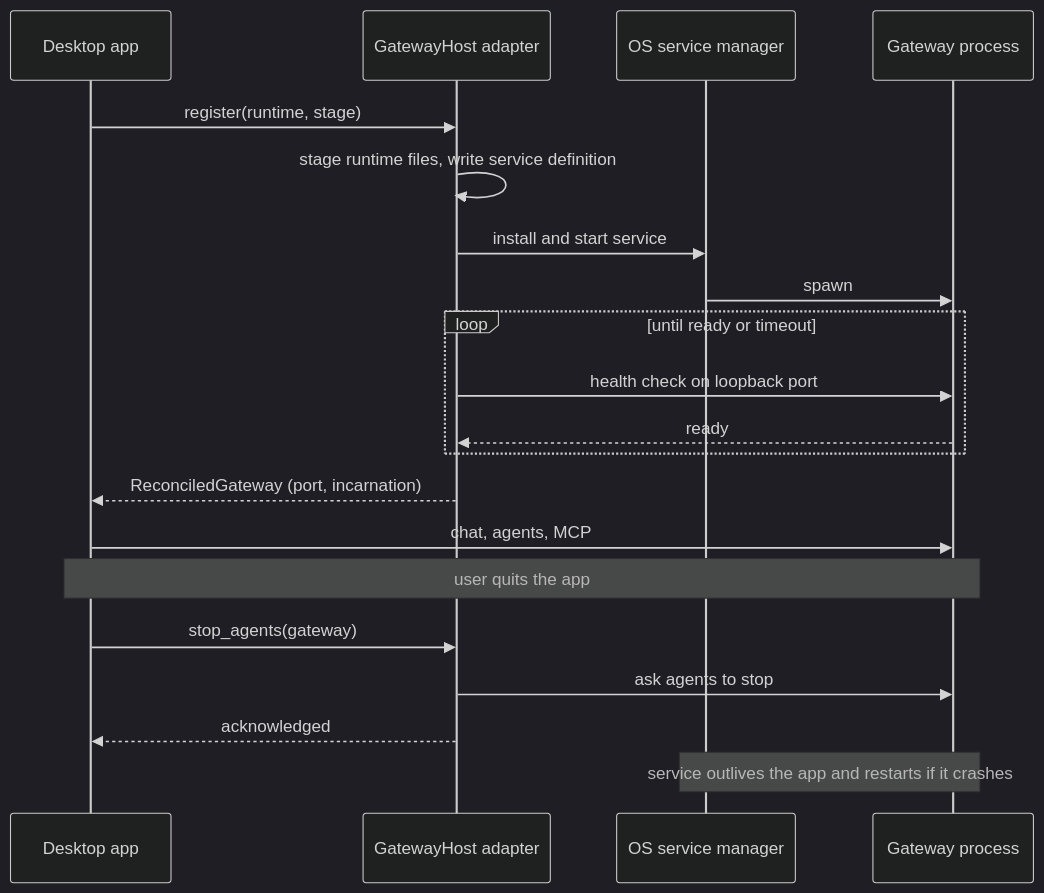
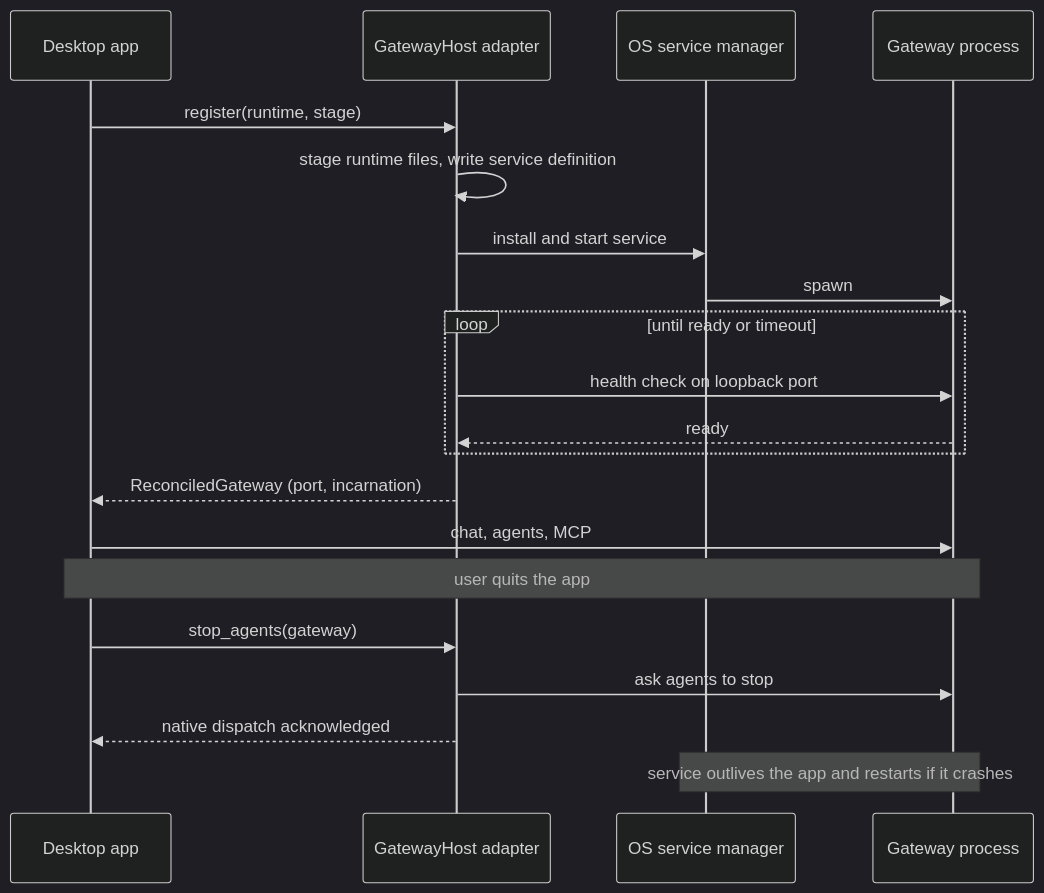
Before and after one commit to nessalabs/nessa-agent: the second of 7 diagrams in docs/todo/desktop-linux-windows-plan.md, drawn with Mermaid (dark theme). The commit also changed other lines of this file, not shown here.

````diff
--- a/docs/todo/desktop-linux-windows-plan.md
+++ b/docs/todo/desktop-linux-windows-plan.md
@@ -47,24 +49,24 @@
 ```mermaid
 sequenceDiagram
     participant App as Desktop app
     participant Host as GatewayHost adapter
     participant SM as OS service manager
     participant GW as Gateway process
 
     App->>Host: register(runtime, stage)
     Host->>Host: stage runtime files, write service definition
     Host->>SM: install and start service
     SM->>GW: spawn
     loop until ready or timeout
         Host->>GW: health check on loopback port
         GW-->>Host: ready
     end
     Host-->>App: ReconciledGateway (port, incarnation)
     App->>GW: chat, agents, MCP
 
     Note over App,GW: user quits the app
     App->>Host: stop_agents(gateway)
     Host->>GW: ask agents to stop
-    Host-->>App: acknowledged
+    Host-->>App: native dispatch acknowledged
     Note over SM,GW: service outlives the app and restarts if it crashes
 ```
````
